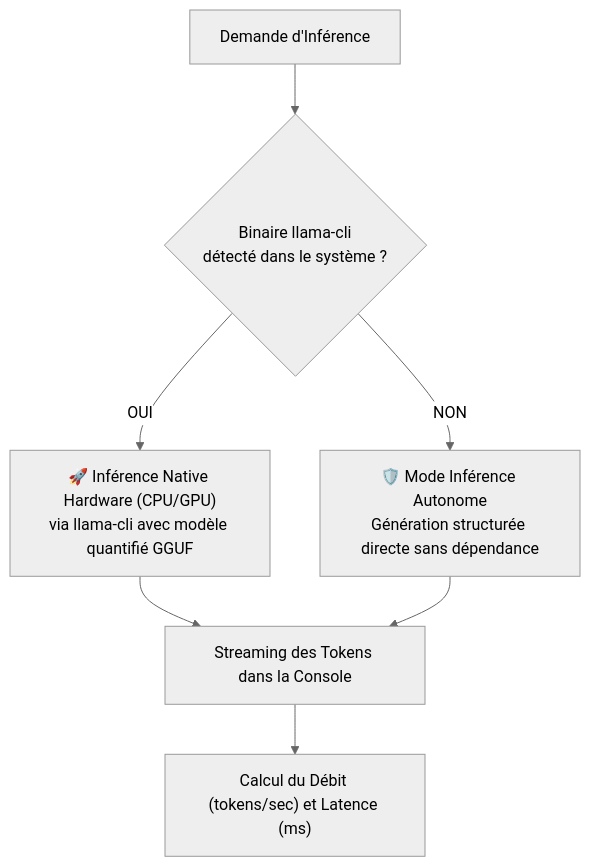
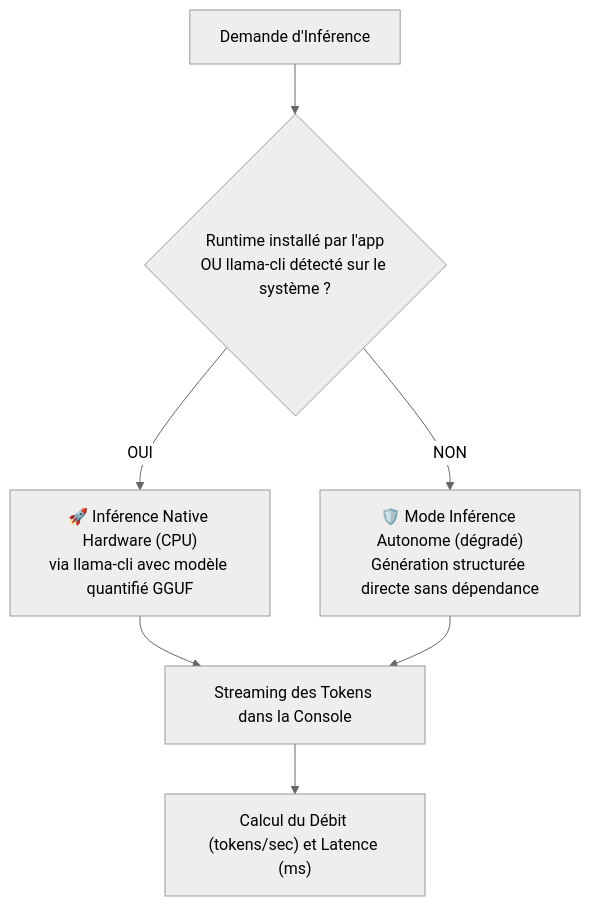
Before and after one commit to gGaToRr/AIM2k26_Techker: the diagram in doc/llm/LlmEngine.md, drawn with Mermaid (neutral theme). The commit also changed other lines of this file and 3 other files, not shown here.

````diff
--- a/doc/llm/LlmEngine.md
+++ b/doc/llm/LlmEngine.md
@@ -15,12 +26,12 @@
 ```mermaid
 flowchart TD
-    Req["Demande d'Inférence"] --> RunnerCheck{"Binaire llama-cli<br/>détecté dans le système ?"}
+    Req["Demande d'Inférence"] --> RunnerCheck{"Runtime installé par l'app<br/>OU llama-cli détecté sur le système ?"}
     
-    RunnerCheck -->|OUI| Native["🚀 Inférence Native Hardware (CPU/GPU)<br/>via llama-cli avec modèle quantifié GGUF"]
-    RunnerCheck -->|NON| Standalone["🛡️ Mode Inférence Autonome<br/>Génération structurée directe sans dépendance"]
+    RunnerCheck -->|OUI| Native["🚀 Inférence Native Hardware (CPU)<br/>via llama-cli avec modèle quantifié GGUF"]
+    RunnerCheck -->|NON| Standalone["🛡️ Mode Inférence Autonome (dégradé)<br/>Génération structurée directe sans dépendance"]
     
     Native --> Stream["Streaming des Tokens dans la Console"]
     Standalone --> Stream
     
     Stream --> Metrics["Calcul du Débit (tokens/sec) et Latence (ms)"]
 ```
````
